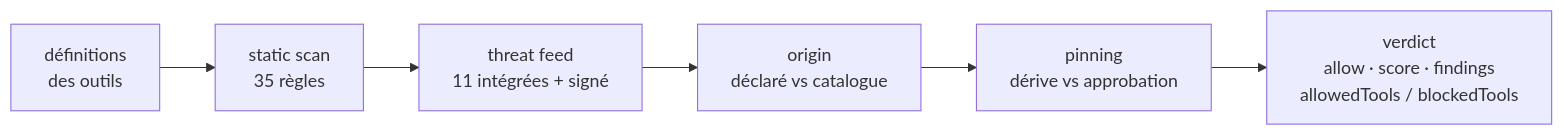
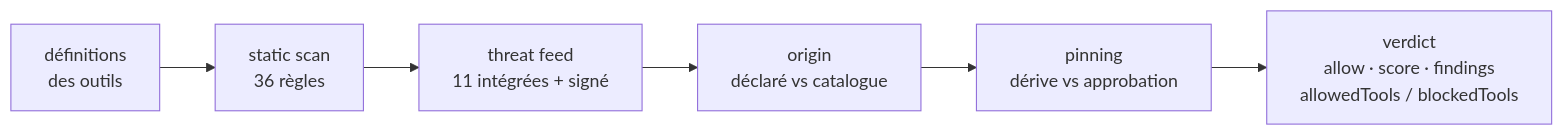
One commit to alexar76/warden changed the diagram in README-fr.md. Above: the diagram before and after it, drawn with Mermaid. The commit also changed other lines of this file and 58 other files, not shown here.

````diff
--- a/README-fr.md
+++ b/README-fr.md
@@ -223,8 +227,8 @@
 ```mermaid
 flowchart LR
-  T["définitions<br/>des outils"] --> S["static scan<br/>35 règles"]
+  T["définitions<br/>des outils"] --> S["static scan<br/>36 règles"]
   S --> F["threat feed<br/>11 intégrées + signé"]
   F --> O["origin<br/>déclaré vs catalogue"]
   O --> P["pinning<br/>dérive vs approbation"]
   P --> V["verdict<br/>allow · score · findings<br/>allowedTools / blockedTools"]
 ```
````
